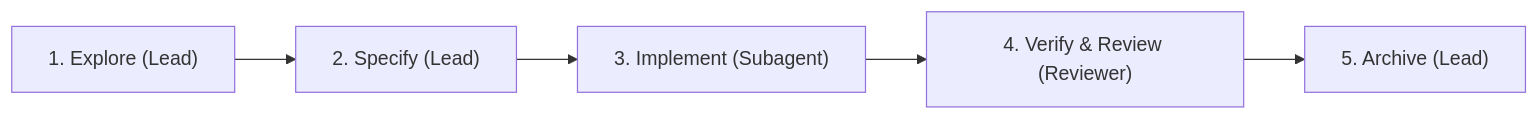
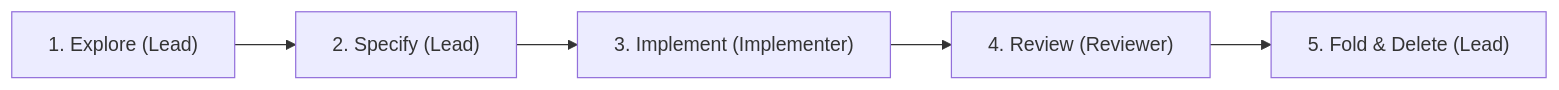
The diagram in docs/specs/sdd-guidelines.md (mhcfa/f8), drawn with Mermaid before and after one commit. The commit also changed other lines of this file and 75 other files, not shown here.

First line of the commit message:
refactor(sdd): replace historical spec archiving with fold-and-delete workflow

````diff
--- a/docs/specs/sdd-guidelines.md
+++ b/docs/specs/sdd-guidelines.md
@@ -20,7 +20,7 @@
 ```mermaid
 flowchart LR
     A["1. Explore (Lead)"] --> B["2. Specify (Lead)"]
-    B --> C["3. Implement (Subagent)"]
-    C --> D["4. Verify & Review (Reviewer)"]
-    D --> E["5. Archive (Lead)"]
+    B --> C["3. Implement (Implementer)"]
+    C --> D["4. Review (Reviewer)"]
+    D --> E["5. Fold & Delete (Lead)"]
 ```
````
